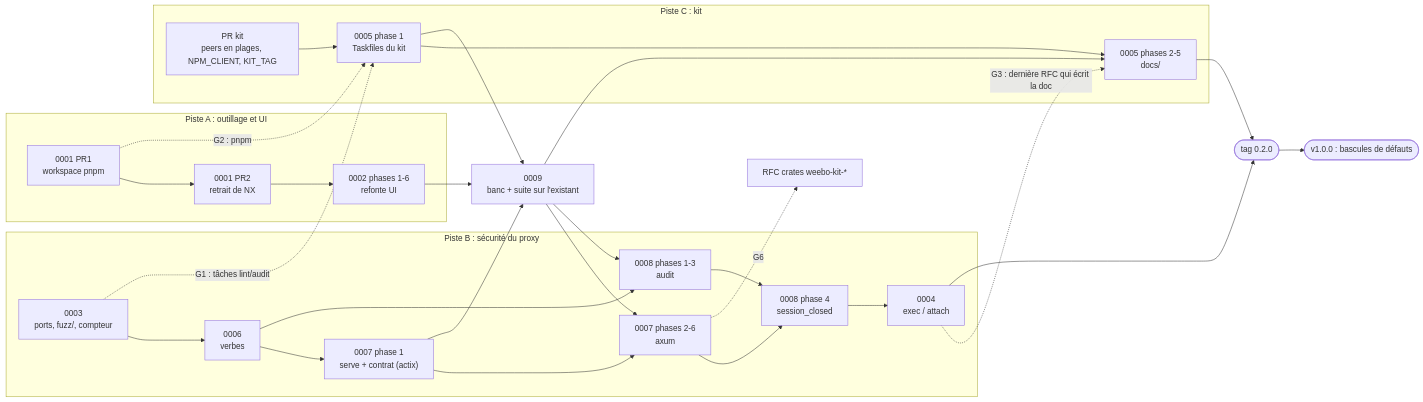
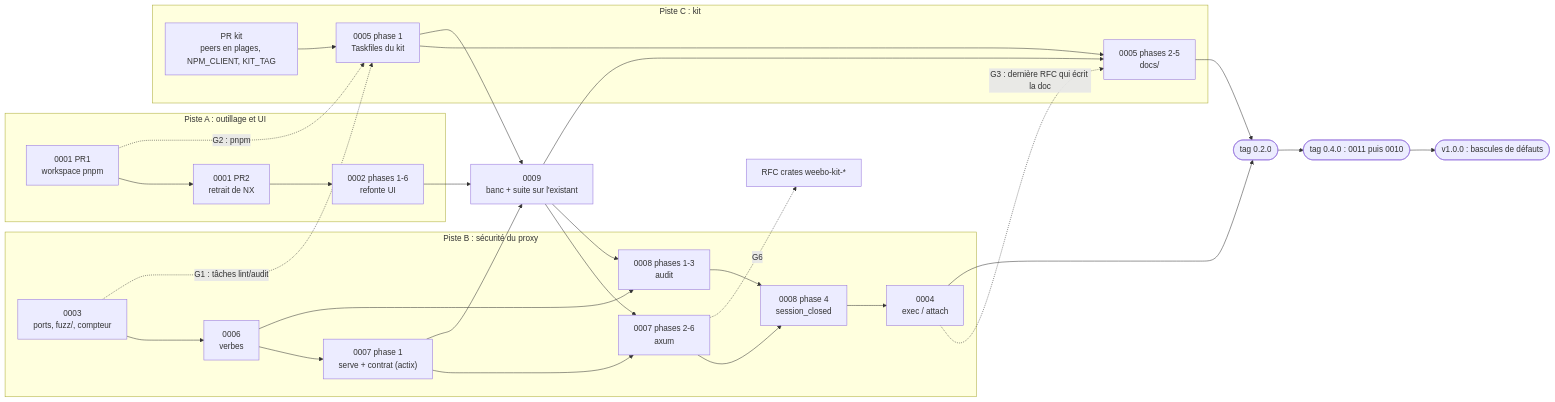
The diagram in .rfc/PLAN.md (batleforc/ProxyAuthK8S), drawn with Mermaid before and after one commit. The commit also changed other lines of this file and 143 other files, not shown here.

````diff
--- a/.rfc/PLAN.md
+++ b/.rfc/PLAN.md
@@ -18,34 +18,35 @@
 ```mermaid
 flowchart LR
     S0["0009<br/>banc + suite sur l'existant"]
     subgraph A["Piste A : outillage et UI"]
         A1["0001 PR1<br/>workspace pnpm"] --> A2["0001 PR2<br/>retrait de NX"]
         A2 --> A3["0002 phases 1-6<br/>refonte UI"]
     end
     subgraph B["Piste B : sécurité du proxy"]
         B1["0003<br/>ports, fuzz/, compteur"] --> B2["0006<br/>verbes"]
         B2 --> B3["0007 phase 1<br/>serve + contrat (actix)"]
         B3 --> B4["0007 phases 2-6<br/>axum"]
         B2 --> B6["0008 phases 1-3<br/>audit"]
         B4 --> B7["0008 phase 4<br/>session_closed"]
         B6 --> B7
         B7 --> B5["0004<br/>exec / attach"]
     end
     subgraph C["Piste C : kit"]
         C0["PR kit<br/>peers en plages, NPM_CLIENT, KIT_TAG"] --> C1["0005 phase 1<br/>Taskfiles du kit"]
         C1 --> C2["0005 phases 2-5<br/>docs/"]
     end
     A3 --> S0
     B3 --> S0
     C1 --> S0
     S0 --> B4
     S0 --> B6
     S0 --> C2
     A1 -. "G2 : pnpm" .-> C1
     B1 -. "G1 : tâches lint/audit" .-> C1
     B5 -. "G3 : dernière RFC qui écrit la doc" .-> C2
     B4 -. "G6" .-> K["RFC crates weebo-kit-*"]
     B5 --> R020(["tag 0.2.0"])
     C2 --> R020
-    R020 --> V1(["v1.0.0 : bascules de défauts"])
+    R020 --> R040(["tag 0.4.0 : 0011 puis 0010"])
+    R040 --> V1(["v1.0.0 : bascules de défauts"])
 ```
````
